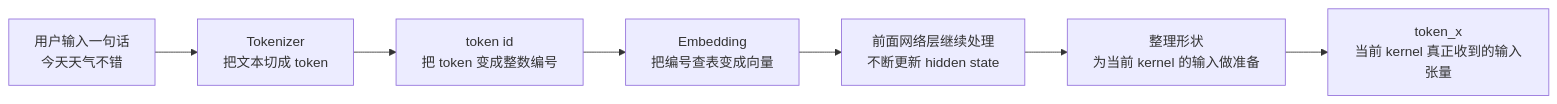
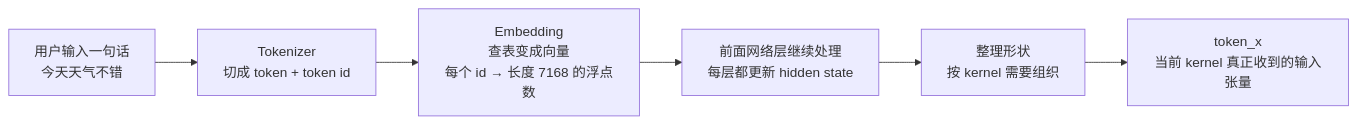
The first of 2 diagrams in 业务理解/developer_doc_zh.md (yinyucheng0601/compute-graph-viewer), drawn with Mermaid before and after one commit. The commit also changed other lines of this file, not shown here.

Commit message:
docs: 2.1/2.2 补充完整数值示例（tokenizer→embedding→hidden state→reshape）

````diff
--- a/业务理解/developer_doc_zh.md
+++ b/业务理解/developer_doc_zh.md
@@ -35,12 +35,11 @@
 ```mermaid
 flowchart LR
     A["用户输入一句话<br/>今天天气不错"]
-    B["Tokenizer<br/>把文本切成 token"]
-    C["token id<br/>把 token 变成整数编号"]
-    D["Embedding<br/>把编号查表变成向量"]
-    E["前面网络层继续处理<br/>不断更新 hidden state"]
-    F["整理形状<br/>为当前 kernel 的输入做准备"]
-    G["token_x<br/>当前 kernel 真正收到的输入张量"]
+    B["Tokenizer<br/>切成 token + token id"]
+    C["Embedding<br/>查表变成向量<br/>每个 id → 长度 7168 的浮点数"]
+    D["前面网络层继续处理<br/>每层都更新 hidden state"]
+    E["整理形状<br/>按 kernel 需要组织"]
+    F["token_x<br/>当前 kernel 真正收到的输入张量"]
 
-    A --> B --> C --> D --> E --> F --> G
+    A --> B --> C --> D --> E --> F
 ```
````
